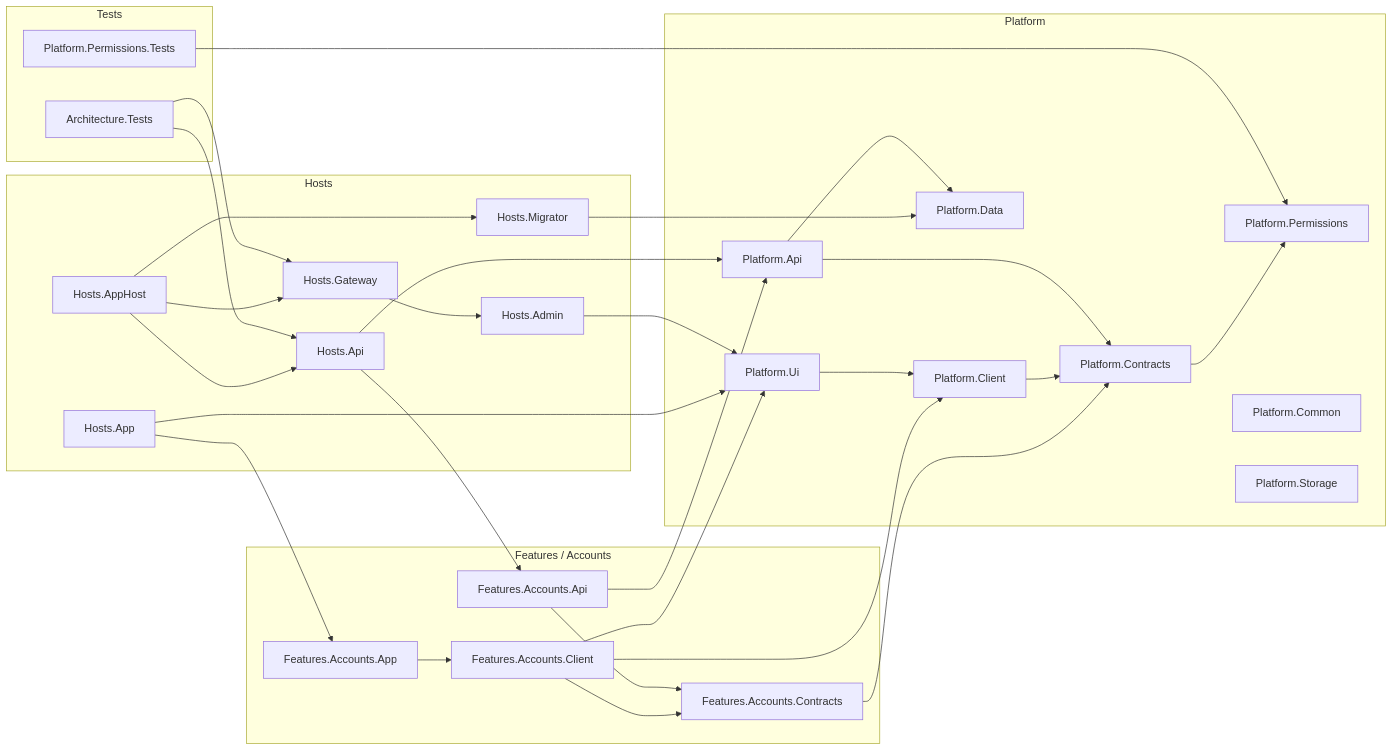
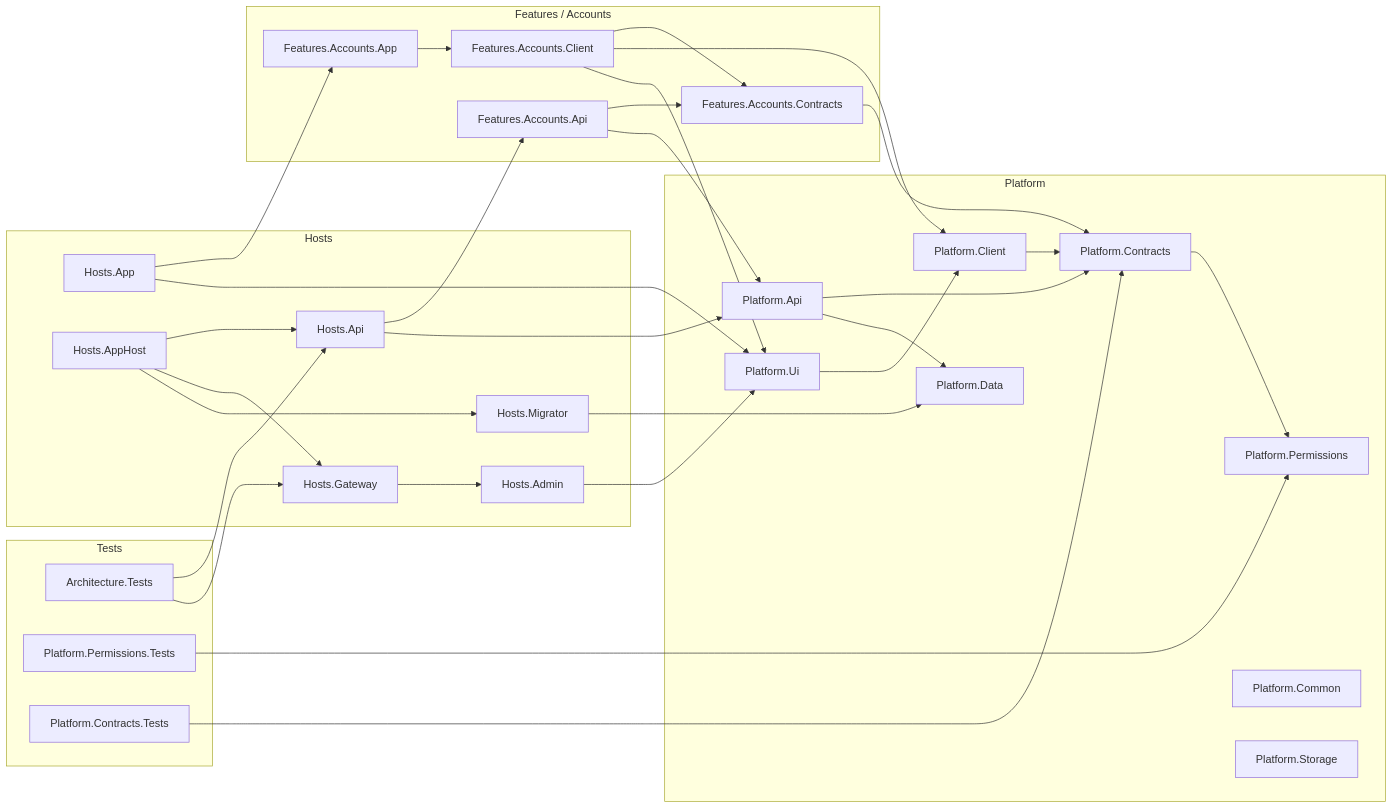
Before and after one commit to Asherslab/GSBC.ChurchApp: the first of 2 diagrams in docs/architecture/repo-layout.md, drawn with Mermaid. The commit also changed other lines of this file and 15 other files, not shown here.

````diff
--- a/docs/architecture/repo-layout.md
+++ b/docs/architecture/repo-layout.md
@@ -63,54 +63,56 @@
 ```mermaid
 flowchart LR
     subgraph Hosts
         HostsApp["Hosts.App"]
         HostsAdmin["Hosts.Admin"]
         HostsGateway["Hosts.Gateway"]
         HostsApi["Hosts.Api"]
         HostsMigrator["Hosts.Migrator"]
         HostsAppHost["Hosts.AppHost"]
     end
 
     subgraph Accounts["Features / Accounts"]
         AccountsApp["Features.Accounts.App"]
         AccountsClient["Features.Accounts.Client"]
         AccountsApi["Features.Accounts.Api"]
         AccountsContracts["Features.Accounts.Contracts"]
     end
 
     subgraph Platform
         PlatformUi["Platform.Ui"]
         PlatformClient["Platform.Client"]
         PlatformApi["Platform.Api"]
         PlatformData["Platform.Data"]
         PlatformContracts["Platform.Contracts"]
         PlatformPermissions["Platform.Permissions"]
         PlatformCommon["Platform.Common"]
         PlatformStorage["Platform.Storage"]
     end
 
     subgraph Tests
         ArchitectureTests["Architecture.Tests"]
         PermissionsTests["Platform.Permissions.Tests"]
+        ContractsTests["Platform.Contracts.Tests"]
     end
 
     HostsAppHost --> HostsApi & HostsGateway & HostsMigrator
     HostsGateway --> HostsAdmin
     HostsApp --> AccountsApp & PlatformUi
     HostsAdmin --> PlatformUi
     HostsApi --> AccountsApi & PlatformApi
     HostsMigrator --> PlatformData
 
     AccountsApp --> AccountsClient
     AccountsClient --> AccountsContracts & PlatformClient & PlatformUi
     AccountsApi --> AccountsContracts & PlatformApi
     AccountsContracts --> PlatformContracts
 
     PlatformUi --> PlatformClient
     PlatformClient --> PlatformContracts
     PlatformApi --> PlatformContracts & PlatformData
     PlatformContracts --> PlatformPermissions
 
     ArchitectureTests --> HostsApi & HostsGateway
     PermissionsTests --> PlatformPermissions
+    ContractsTests --> PlatformContracts
 ```
````
